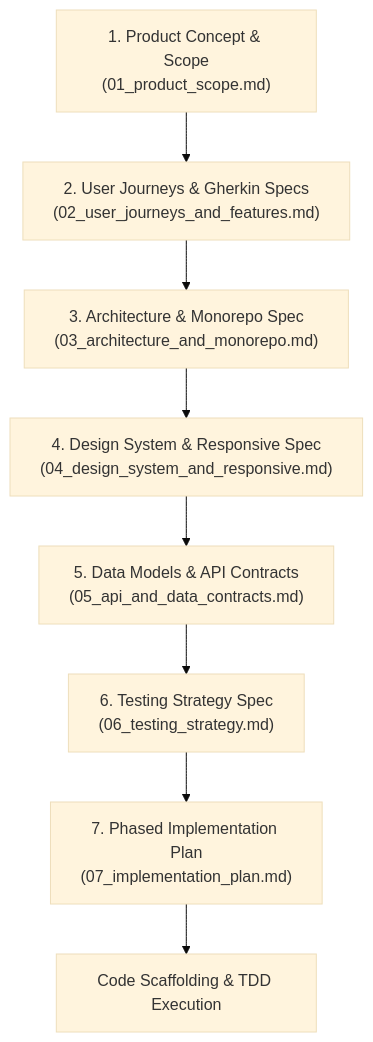
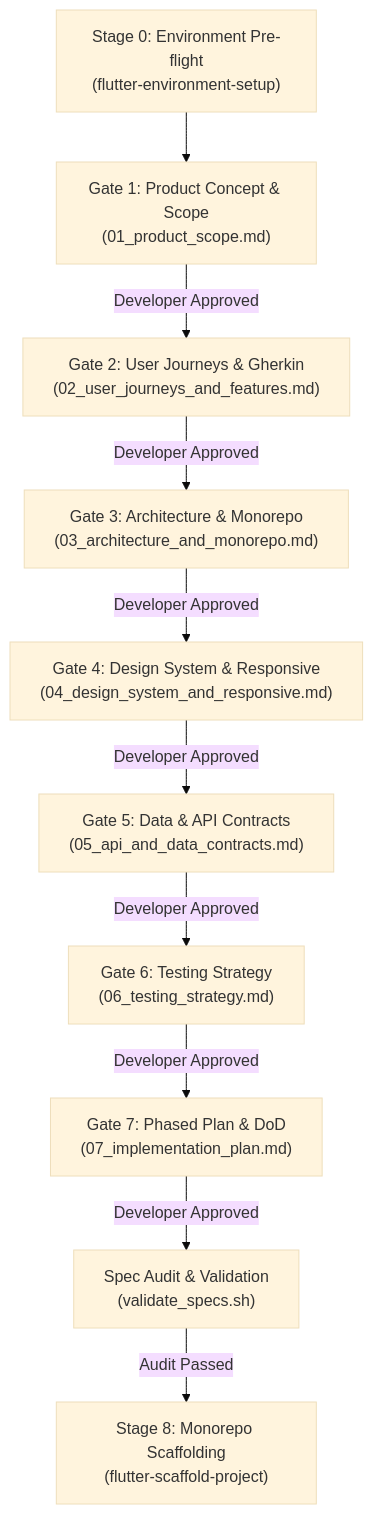
Before and after one commit to tarunkhurana2015/ai-skills: the diagram in skills/flutter-spec-driven-development/references/sdd_framework_guide.md, drawn with Mermaid (base theme). The commit also changed other lines of this file and 4 other files, not shown here.

Commit message:
feat(flutter-sdd): enforce stage 0 environment pre-check, strict stage gating, and scaffold enforcement

````diff
--- a/skills/flutter-spec-driven-development/references/sdd_framework_guide.md
+++ b/skills/flutter-spec-driven-development/references/sdd_framework_guide.md
@@ -21,10 +23,12 @@
 ```mermaid
 graph TD
-    S1["1. Product Concept & Scope<br/>(01_product_scope.md)"] --> S2["2. User Journeys & Gherkin Specs<br/>(02_user_journeys_and_features.md)"]
-    S2 --> S3["3. Architecture & Monorepo Spec<br/>(03_architecture_and_monorepo.md)"]
-    S3 --> S4["4. Design System & Responsive Spec<br/>(04_design_system_and_responsive.md)"]
-    S4 --> S5["5. Data Models & API Contracts<br/>(05_api_and_data_contracts.md)"]
-    S5 --> S6["6. Testing Strategy Spec<br/>(06_testing_strategy.md)"]
-    S6 --> S7["7. Phased Implementation Plan<br/>(07_implementation_plan.md)"]
-    S7 --> EXEC["Code Scaffolding & TDD Execution"]
+    S0["Stage 0: Environment Pre-flight<br/>(flutter-environment-setup)"] --> G1["Gate 1: Product Concept & Scope<br/>(01_product_scope.md)"]
+    G1 -->|Developer Approved| G2["Gate 2: User Journeys & Gherkin<br/>(02_user_journeys_and_features.md)"]
+    G2 -->|Developer Approved| G3["Gate 3: Architecture & Monorepo<br/>(03_architecture_and_monorepo.md)"]
+    G3 -->|Developer Approved| G4["Gate 4: Design System & Responsive<br/>(04_design_system_and_responsive.md)"]
+    G4 -->|Developer Approved| G5["Gate 5: Data & API Contracts<br/>(05_api_and_data_contracts.md)"]
+    G5 -->|Developer Approved| G6["Gate 6: Testing Strategy<br/>(06_testing_strategy.md)"]
+    G6 -->|Developer Approved| G7["Gate 7: Phased Plan & DoD<br/>(07_implementation_plan.md)"]
+    G7 -->|Developer Approved| AUDIT["Spec Audit & Validation<br/>(validate_specs.sh)"]
+    AUDIT -->|Audit Passed| S8["Stage 8: Monorepo Scaffolding<br/>(flutter-scaffold-project)"]
 ```
````
